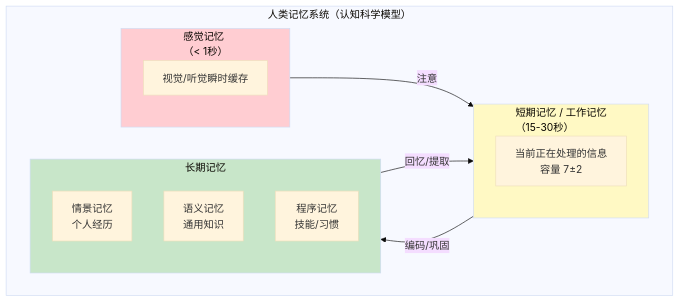
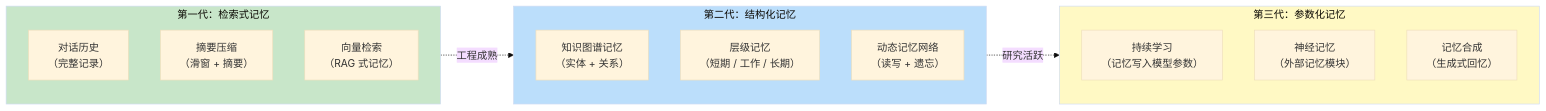
One commit to UranusGit/java-agent-learn changed the first of 20 diagrams in docs/前沿/05-Agent记忆前沿.md. Above: the diagram before and after it, drawn with Mermaid (base theme). The commit also changed other lines of this file and 15 other files, not shown here.

````diff
--- a/docs/前沿/05-Agent记忆前沿.md
+++ b/docs/前沿/05-Agent记忆前沿.md
@@ -15,26 +15,27 @@
 ```mermaid
-graph TB
-    subgraph 人类记忆["人类记忆系统（认知科学模型）"]
-        subgraph 感觉记忆["感觉记忆<br/>（< 1秒）"]
-            SM["视觉/听觉瞬时缓存"]
-        end
-
-        subgraph 短期记忆["短期记忆 / 工作记忆<br/>（15-30秒）"]
-            STM["当前正在处理的信息<br/>容量 7±2"]
-        end
-
-        subgraph 长期记忆["长期记忆"]
-            EM["情景记忆<br/>个人经历"]
-            SM2["语义记忆<br/>通用知识"]
-            PM["程序记忆<br/>技能/习惯"]
-        end
+graph LR
+    subgraph 第一代["第一代：检索式记忆"]
+        G1A["对话历史<br/>（完整记录）"]
+        G1B["摘要压缩<br/>（滑窗 + 摘要）"]
+        G1C["向量检索<br/>（RAG 式记忆）"]
     end
 
-    感觉记忆 -->|"注意"| 短期记忆
-    短期记忆 -->|"编码/巩固"| 长期记忆
-    长期记忆 -->|"回忆/提取"| 短期记忆
+    subgraph 第二代["第二代：结构化记忆"]
+        G2A["知识图谱记忆<br/>（实体 + 关系）"]
+        G2B["层级记忆<br/>（短期 / 工作 / 长期）"]
+        G2C["动态记忆网络<br/>（读写 + 遗忘）"]
+    end
 
-    style 感觉记忆 fill:#ffcdd2
-    style 短期记忆 fill:#fff9c4
-    style 长期记忆 fill:#c8e6c9
+    subgraph 第三代["第三代：参数化记忆"]
+        G3A["持续学习<br/>（记忆写入模型参数）"]
+        G3B["神经记忆<br/>（外部记忆模块）"]
+        G3C["记忆合成<br/>（生成式回忆）"]
+    end
+
+    第一代 -.->|"工程成熟"| 第二代
+    第二代 -.->|"研究活跃"| 第三代
+
+    style 第一代 fill:#c8e6c9
+    style 第二代 fill:#bbdefb
+    style 第三代 fill:#fff9c4
 ```
````
